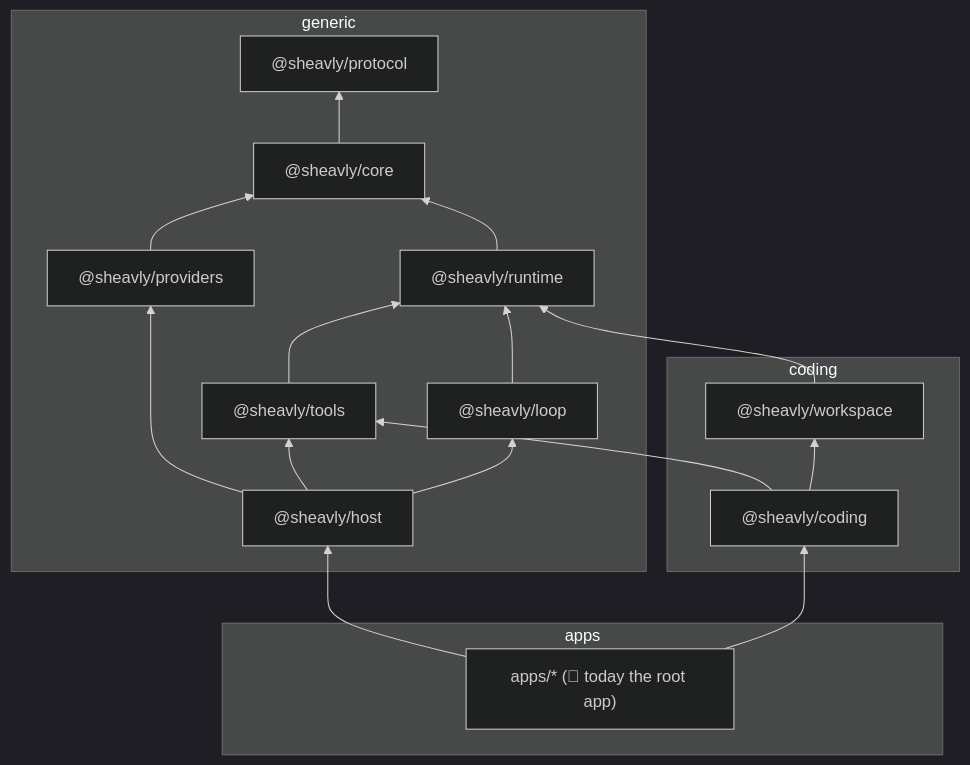
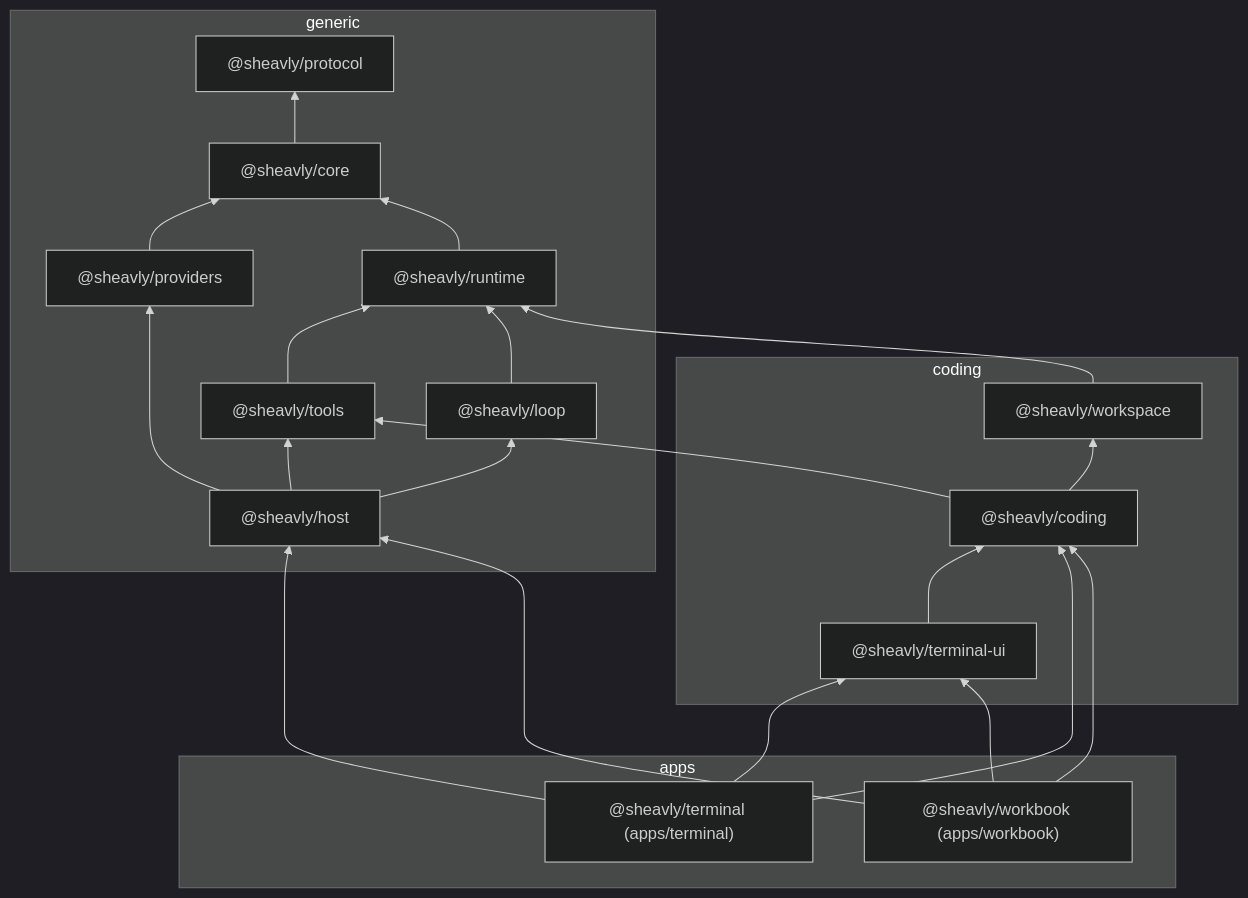
The diagram in docs/overview.md (Sheavly/code), drawn with Mermaid (dark theme) before and after one commit. The commit also changed other lines of this file and 89 other files, not shown here.

First line of the commit message:
refactor!: move the front ends into apps and drop the root barrel (#119)

````diff
--- a/docs/overview.md
+++ b/docs/overview.md
@@ -36,28 +35,32 @@
 ```mermaid
 flowchart BT
   subgraph generic
     protocol["@sheavly/protocol"]
     core["@sheavly/core"]
     providers["@sheavly/providers"]
     runtime["@sheavly/runtime"]
     tools["@sheavly/tools"]
     loop["@sheavly/loop"]
     host["@sheavly/host"]
   end
   subgraph coding
     workspace["@sheavly/workspace"]
     codingPkg["@sheavly/coding"]
+    terminalUi["@sheavly/terminal-ui"]
   end
   subgraph apps
-    app["apps/* (#29; today the root app)"]
+    terminal["@sheavly/terminal (apps/terminal)"]
+    workbook["@sheavly/workbook (apps/workbook)"]
   end
   core --> protocol
   providers --> core
   runtime --> core
   tools --> runtime
   loop --> runtime
   host --> loop & tools & providers
   workspace --> runtime
   codingPkg --> workspace & tools
-  app --> host & codingPkg
+  terminalUi --> codingPkg
+  terminal --> host & codingPkg & terminalUi
+  workbook --> host & codingPkg & terminalUi
 ```
````
